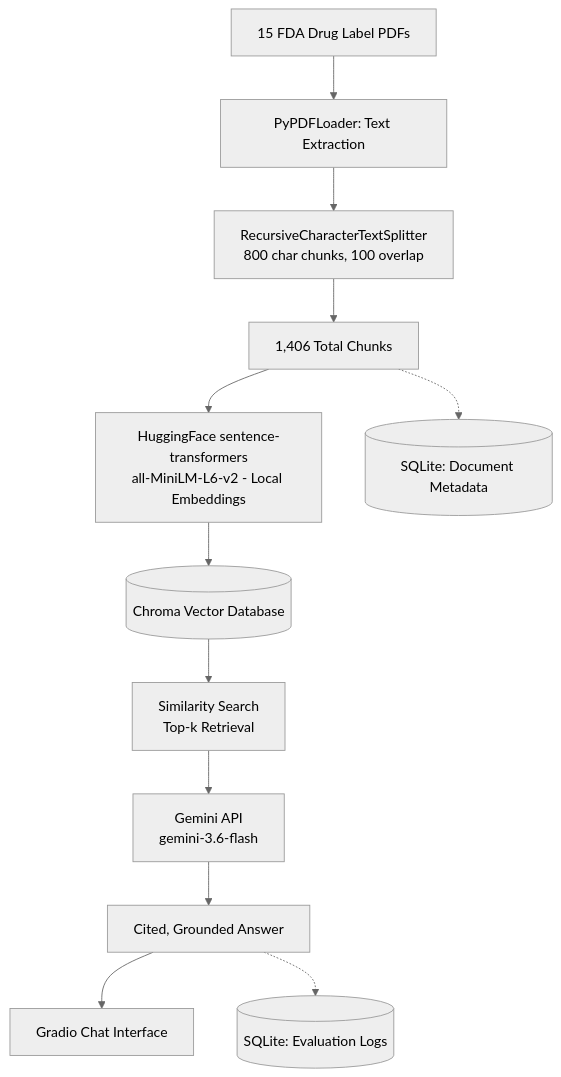
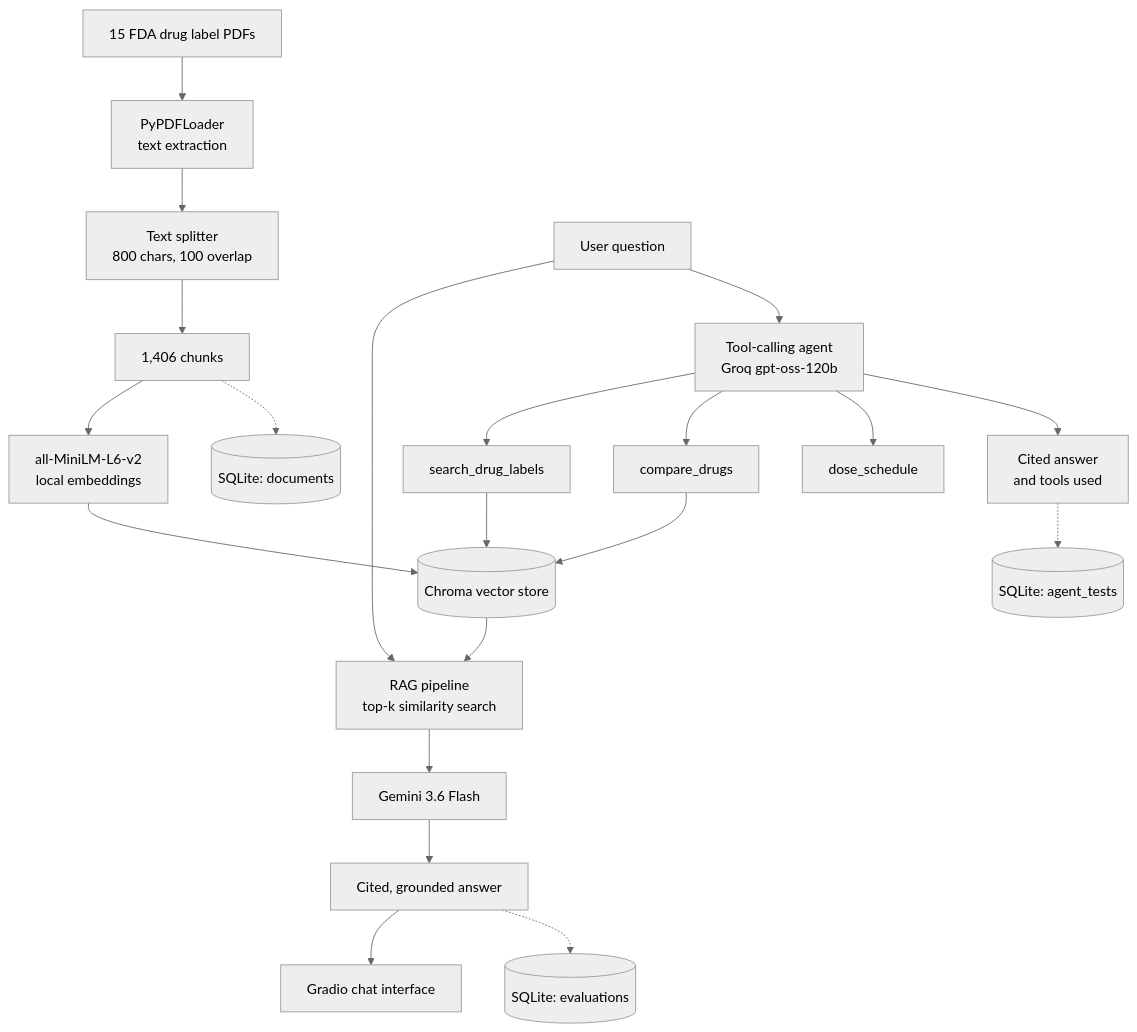
Before and after one commit to Fatema-alam43/healthcare-ai-rag-assistant: the diagram in README.md, drawn with Mermaid (neutral theme). The commit also changed other lines of this file, not shown here.

````diff
--- a/README.md
+++ b/README.md
@@ -11,14 +30,26 @@
 ```mermaid
 flowchart TD
-    A[15 FDA Drug Label PDFs] --> B[PyPDFLoader: Text Extraction]
-    B --> C[RecursiveCharacterTextSplitter<br/>800 char chunks, 100 overlap]
-    C --> D[1,406 Total Chunks]
-    D --> E[HuggingFace sentence-transformers<br/>all-MiniLM-L6-v2 - Local Embeddings]
-    E --> F[(Chroma Vector Database)]
-    F --> G[Similarity Search<br/>Top-k Retrieval]
-    G --> H[Gemini API<br/>gemini-3.6-flash]
-    H --> I[Cited, Grounded Answer]
-    I --> J[Gradio Chat Interface]
-    D -.-> K[(SQLite: Document Metadata)]
-    I -.-> L[(SQLite: Evaluation Logs)]
+    A["15 FDA drug label PDFs"] --> B["PyPDFLoader<br/>text extraction"]
+    B --> C["Text splitter<br/>800 chars, 100 overlap"]
+    C --> D["1,406 chunks"]
+    D --> E["all-MiniLM-L6-v2<br/>local embeddings"]
+    E --> F[("Chroma vector store")]
+
+    Q["User question"] --> G["RAG pipeline<br/>top-k similarity search"]
+    F --> G
+    G --> H["Gemini 3.6 Flash"]
+    H --> I["Cited, grounded answer"]
+    I --> J["Gradio chat interface"]
+
+    Q --> AG["Tool-calling agent<br/>Groq gpt-oss-120b"]
+    AG --> T1["search_drug_labels"]
+    AG --> T2["compare_drugs"]
+    AG --> T3["dose_schedule"]
+    T1 --> F
+    T2 --> F
+    AG --> AO["Cited answer<br/>and tools used"]
+
+    D -.-> S1[("SQLite: documents")]
+    I -.-> S2[("SQLite: evaluations")]
+    AO -.-> S3[("SQLite: agent_tests")]
 ```
````
